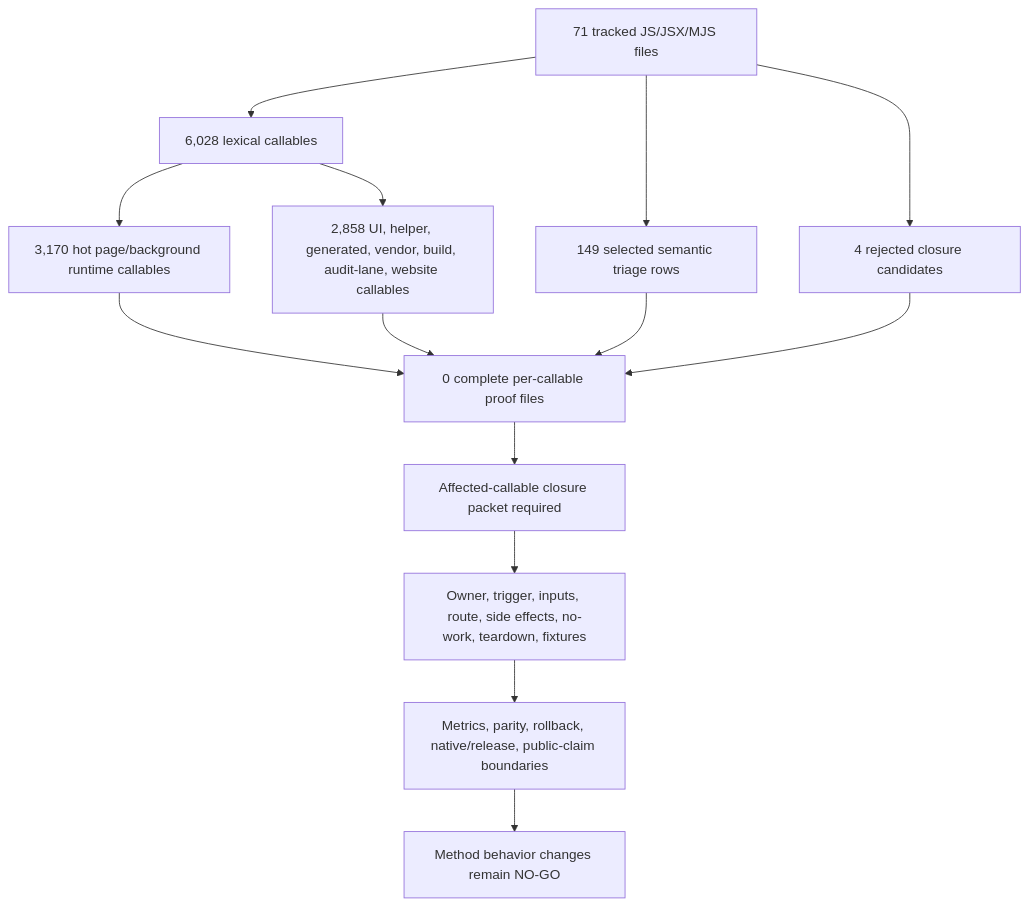
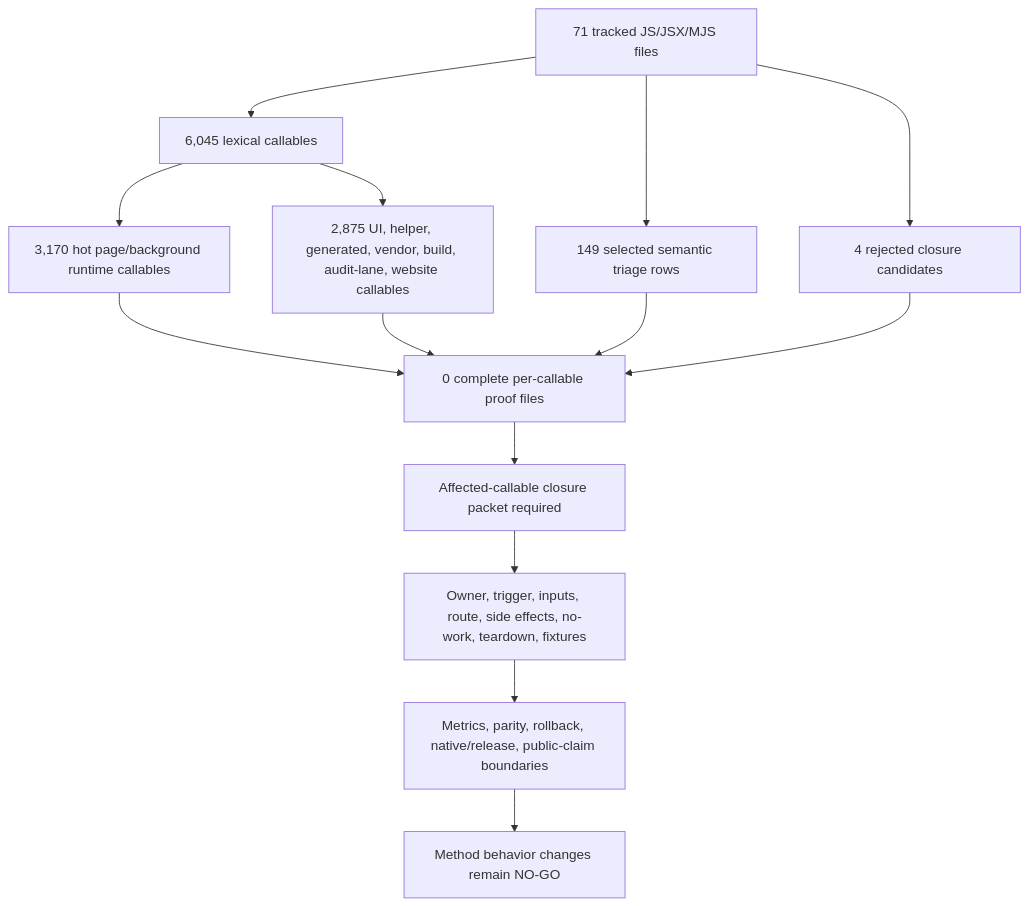
One commit to varshneydevansh/FilterTube changed the first of 2 diagrams in docs/audit/FILTERTUBE_METHOD_SEMANTIC_PROOF_GAP_INDEX_CURRENT_BEHAVIOR_2026-05-25.md. Above: the diagram before and after it, drawn with Mermaid. The commit also changed other lines of this file and 58 other files, not shown here.

````diff
--- a/docs/audit/FILTERTUBE_METHOD_SEMANTIC_PROOF_GAP_INDEX_CURRENT_BEHAVIOR_2026-05-25.md
+++ b/docs/audit/FILTERTUBE_METHOD_SEMANTIC_PROOF_GAP_INDEX_CURRENT_BEHAVIOR_2026-05-25.md
@@ -147,16 +147,16 @@
 ```mermaid
 flowchart TD
-  A["71 tracked JS/JSX/MJS files"] --> B["6,028 lexical callables"]
+  A["71 tracked JS/JSX/MJS files"] --> B["6,045 lexical callables"]
   B --> C["3,170 hot page/background runtime callables"]
-  B --> D["2,858 UI, helper, generated, vendor, build, audit-lane, website callables"]
+  B --> D["2,875 UI, helper, generated, vendor, build, audit-lane, website callables"]
   A --> E["149 selected semantic triage rows"]
   A --> F["4 rejected closure candidates"]
   C --> G["0 complete per-callable proof files"]
   D --> G
   E --> G
   F --> G
   G --> H["Affected-callable closure packet required"]
   H --> I["Owner, trigger, inputs, route, side effects, no-work, teardown, fixtures"]
   I --> J["Metrics, parity, rollback, native/release, public-claim boundaries"]
   J --> K["Method behavior changes remain NO-GO"]
 ```
````
